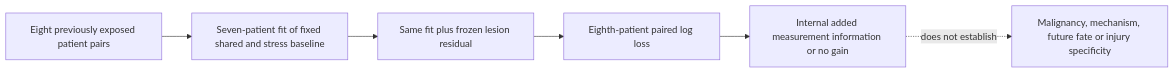
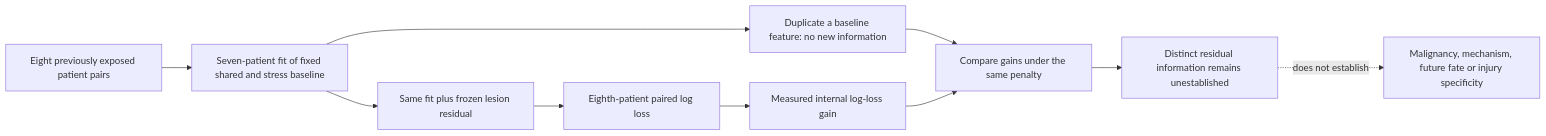
One commit to xorca0711/ravel changed the first of 2 diagrams in docs/portfolio_extensions/2026-10-07/g1_epithelial/README.md. Above: the diagram before and after it, drawn with Mermaid. The commit also changed other lines of this file and 26 other files, not shown here.

````diff
--- a/docs/portfolio_extensions/2026-10-07/g1_epithelial/README.md
+++ b/docs/portfolio_extensions/2026-10-07/g1_epithelial/README.md
@@ -28,8 +38,12 @@
 ```mermaid
 flowchart LR
   A[Eight previously exposed patient pairs] --> B[Seven-patient fit of fixed shared and stress baseline]
   B --> C[Same fit plus frozen lesion residual]
   C --> D[Eighth-patient paired log loss]
-  D --> E[Internal added measurement information or no gain]
-  E -. does not establish .-> F[Malignancy, mechanism, future fate or injury specificity]
+  D --> E[Measured internal log-loss gain]
+  B --> G[Duplicate a baseline feature: no new information]
+  G --> H[Compare gains under the same penalty]
+  E --> H
+  H --> I[Distinct residual information remains unestablished]
+  I -. does not establish .-> F[Malignancy, mechanism, future fate or injury specificity]
 ```
````
